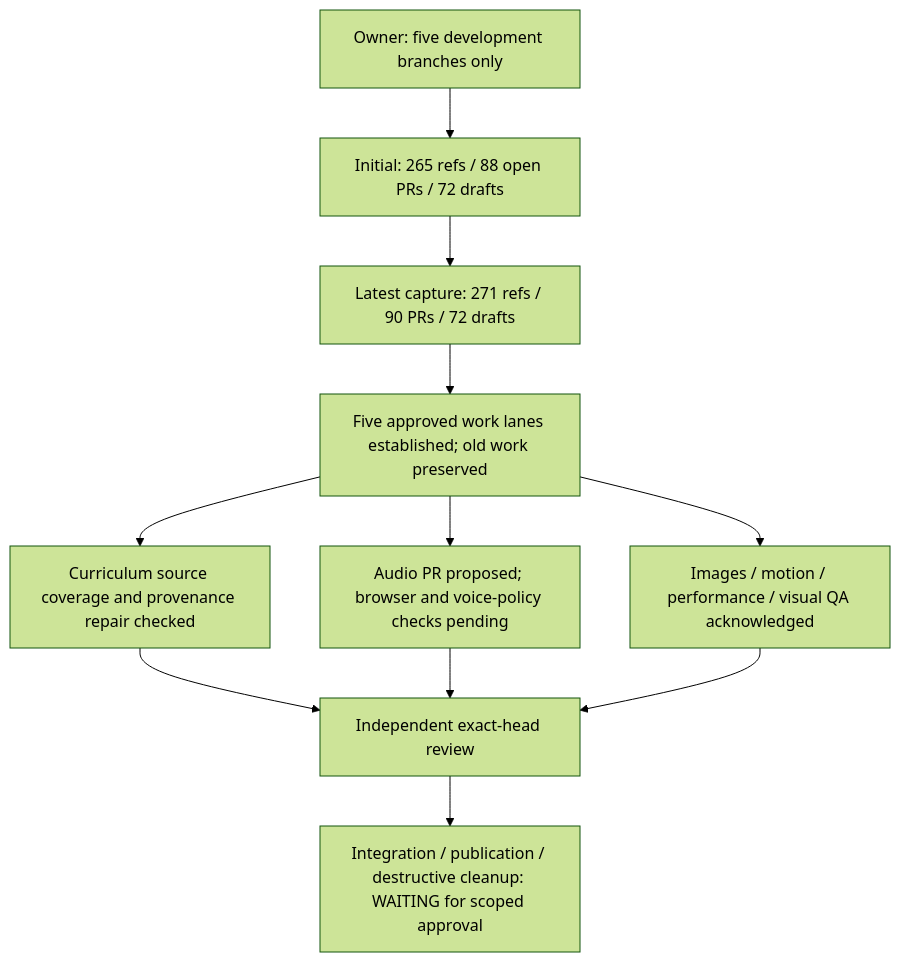
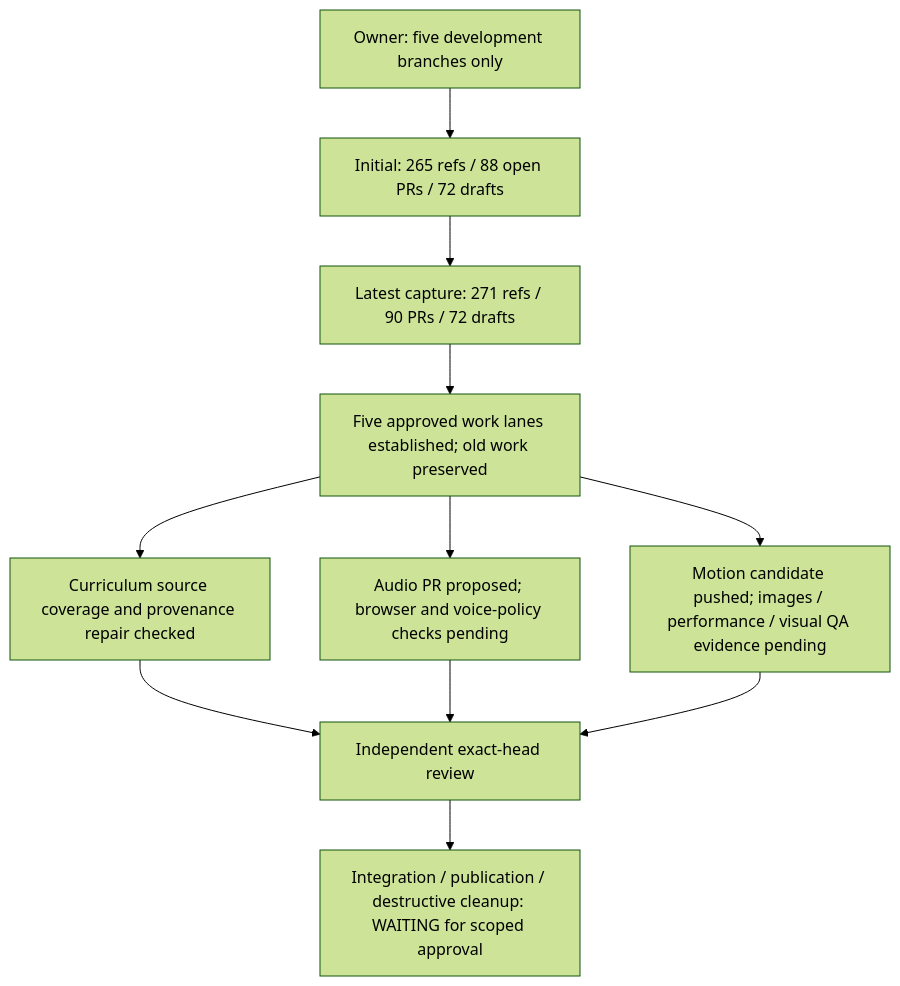
One commit to ejnburrows-rgb/cartilla-de-gretel changed the first of 4 diagrams in docs/OWNER-VISUAL-STATUS.md. Above: the diagram before and after it, drawn with Mermaid (forest theme). The commit also changed other lines of this file, not shown here.

Commit message:
docs: record motion evidence and writer dependencies

````diff
--- a/docs/OWNER-VISUAL-STATUS.md
+++ b/docs/OWNER-VISUAL-STATUS.md
@@ -12,13 +12,13 @@
 ```mermaid
 flowchart TD
   A["Owner: five development branches only"] --> B["Initial: 265 refs / 88 open PRs / 72 drafts"]
   B --> C["Latest capture: 271 refs / 90 PRs / 72 drafts"]
   C --> D["Five approved work lanes established; old work preserved"]
   D --> E["Curriculum source coverage and provenance repair checked"]
   D --> F["Audio PR proposed; browser and voice-policy checks pending"]
-  D --> G["Images / motion / performance / visual QA acknowledged"]
+  D --> G["Motion candidate pushed; images / performance / visual QA evidence pending"]
   E --> H["Independent exact-head review"]
   F --> H
   G --> H
   H --> I["Integration / publication / destructive cleanup: WAITING for scoped approval"]
 ```
````
